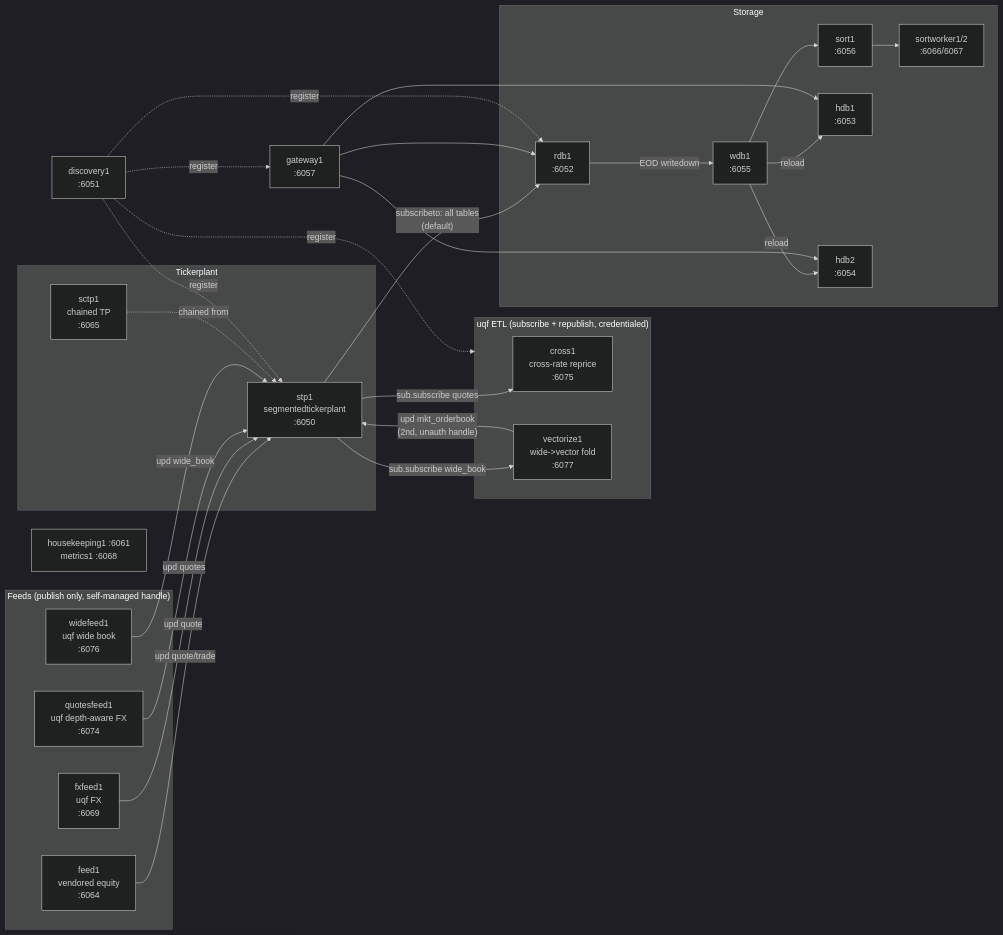
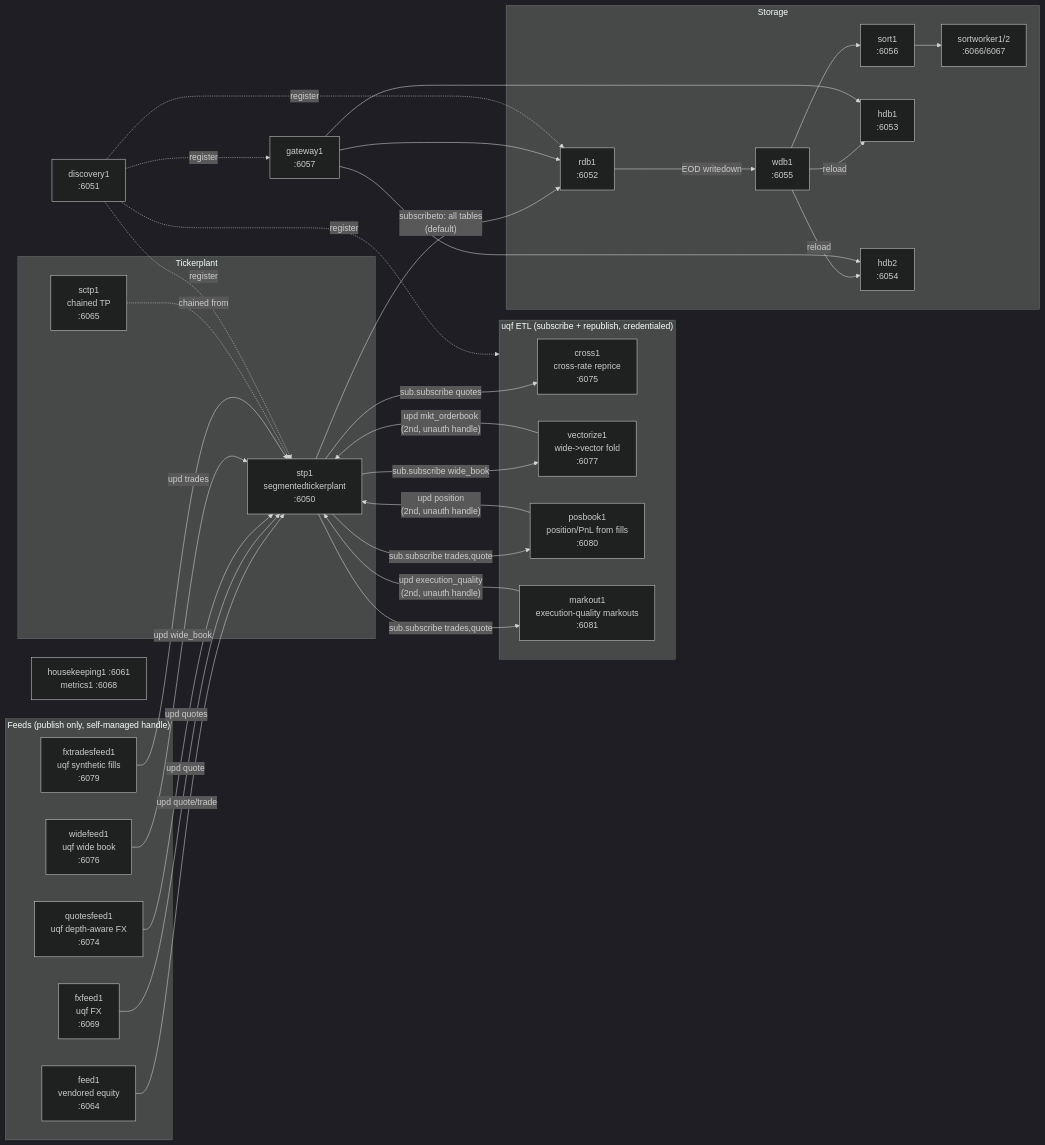
The first of 3 diagrams in docs/torq/README.md (kwojdalski/uqf), drawn with Mermaid (dark theme) before and after one commit. The commit also changed other lines of this file and 5 other files, not shown here.

````diff
--- a/docs/torq/README.md
+++ b/docs/torq/README.md
@@ -15,59 +16,67 @@
 ```mermaid
 flowchart LR
     disc["discovery1<br/>:6051"]
 
     subgraph tp["Tickerplant"]
         stp["stp1<br/>segmentedtickerplant<br/>:6050"]
         sctp["sctp1<br/>chained TP<br/>:6065"]
     end
 
     subgraph feeds["Feeds (publish only, self-managed handle)"]
         feed1["feed1<br/>vendored equity<br/>:6064"]
         fxfeed1["fxfeed1<br/>uqf FX<br/>:6069"]
         quotesfeed1["quotesfeed1<br/>uqf depth-aware FX<br/>:6074"]
         widefeed1["widefeed1<br/>uqf wide book<br/>:6076"]
+        fxtradesfeed1["fxtradesfeed1<br/>uqf synthetic fills<br/>:6079"]
     end
 
     subgraph etl["uqf ETL (subscribe + republish, credentialed)"]
         cross1["cross1<br/>cross-rate reprice<br/>:6075"]
         vectorize1["vectorize1<br/>wide->vector fold<br/>:6077"]
+        posbook1["posbook1<br/>position/PnL from fills<br/>:6080"]
+        markout1["markout1<br/>execution-quality markouts<br/>:6081"]
     end
 
     subgraph storage["Storage"]
         rdb1["rdb1<br/>:6052"]
         wdb1["wdb1<br/>:6055"]
         sort1["sort1<br/>:6056"]
         sw["sortworker1/2<br/>:6066/6067"]
         hdb1["hdb1<br/>:6053"]
         hdb2["hdb2<br/>:6054"]
     end
 
     gw["gateway1<br/>:6057"]
     ops["housekeeping1 :6061<br/>metrics1 :6068"]
 
     feed1 -->|"upd quote/trade"| stp
     fxfeed1 -->|"upd quote"| stp
     quotesfeed1 -->|"upd quotes"| stp
     widefeed1 -->|"upd wide_book"| stp
+    fxtradesfeed1 -->|"upd trades"| stp
     vectorize1 -->|"upd mkt_orderbook<br/>(2nd, unauth handle)"| stp
+    posbook1 -->|"upd position<br/>(2nd, unauth handle)"| stp
+    markout1 -->|"upd execution_quality<br/>(2nd, unauth handle)"| stp
 
     stp -->|"subscribeto: all tables<br/>(default)"| rdb1
     stp -->|"sub.subscribe quotes"| cross1
     stp -->|"sub.subscribe wide_book"| vectorize1
+    stp -->|"sub.subscribe trades,quote"| posbook1
+    stp -->|"sub.subscribe trades,quote"| markout1
     sctp -.->|"chained from"| stp
 
     rdb1 -->|"EOD writedown"| wdb1
     wdb1 --> sort1
     sort1 --> sw
     wdb1 -->|"reload"| hdb1
     wdb1 -->|"reload"| hdb2
 
     gw --> rdb1
     gw --> hdb1
     gw --> hdb2
 
     disc -.->|register| stp
     disc -.->|register| rdb1
     disc -.->|register| gw
     disc -.->|register| etl
 ```
````
